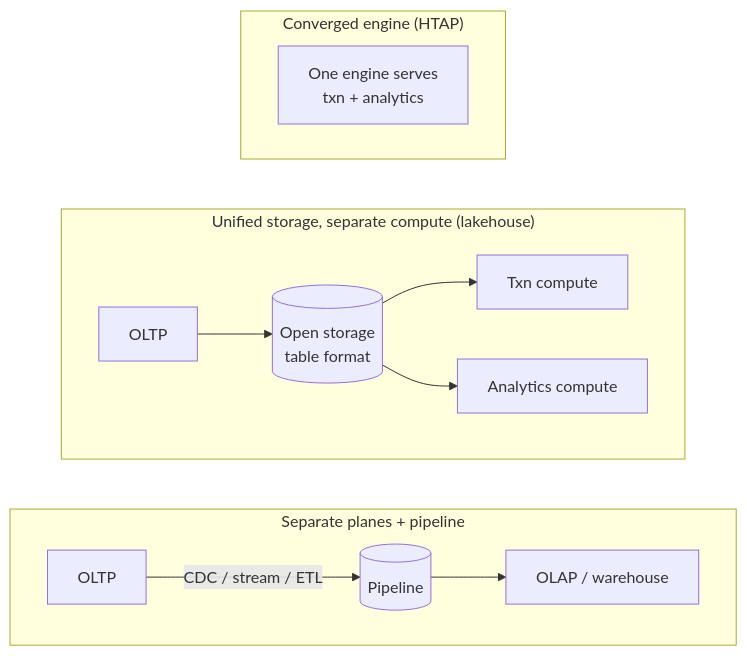
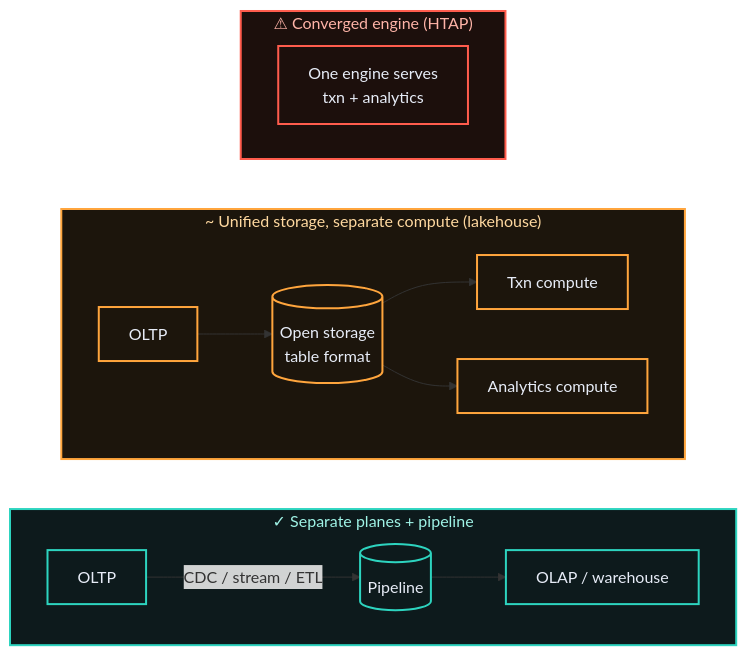
Before and after one commit to raghavarora12/engineering-playbook: the first of 2 diagrams in adrs/004-operational-vs-analytical-data-planes.md, drawn with Mermaid. The commit also changed other lines of this file and 10 other files, not shown here.

````diff
--- a/adrs/004-operational-vs-analytical-data-planes.md
+++ b/adrs/004-operational-vs-analytical-data-planes.md
@@ -39,18 +57,28 @@
 ```mermaid
 flowchart LR
-    subgraph SEP["Separate planes + pipeline"]
+    subgraph SEP["✓ Separate planes + pipeline"]
         direction LR
         o1["OLTP"] -->|"CDC / stream / ETL"| p1[("Pipeline")]
         p1 --> a1["OLAP / warehouse"]
     end
-    subgraph LAKE["Unified storage, separate compute (lakehouse)"]
+    subgraph LAKE["~ Unified storage, separate compute (lakehouse)"]
         direction LR
         o2["OLTP"] --> st[("Open storage<br/>table format")]
         st --> ac1["Txn compute"]
         st --> ac2["Analytics compute"]
     end
-    subgraph CON["Converged engine (HTAP)"]
+    subgraph CON["⚠ Converged engine (HTAP)"]
         direction LR
         o3["One engine serves<br/>txn + analytics"]
     end
+
+    classDef good fill:#0d1a1c,stroke:#2dd4bf,stroke-width:2px,color:#e7ecf7
+    classDef warn fill:#1c150c,stroke:#ffa53d,stroke-width:2px,color:#e7ecf7
+    classDef bad fill:#1c0f0c,stroke:#ff5c4d,stroke-width:2px,color:#e7ecf7
+    class o1,p1,a1 good
+    class o2,st,ac1,ac2 warn
+    class o3 bad
+    style SEP fill:#0d1a1c,stroke:#2dd4bf,stroke-width:2px,color:#9ff3e6
+    style LAKE fill:#1c150c,stroke:#ffa53d,stroke-width:2px,color:#ffd9a0
+    style CON fill:#1c0f0c,stroke:#ff5c4d,stroke-width:2px,color:#ffb4a8
 ```
````
